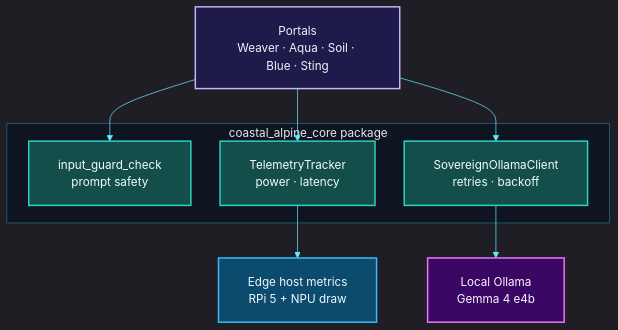
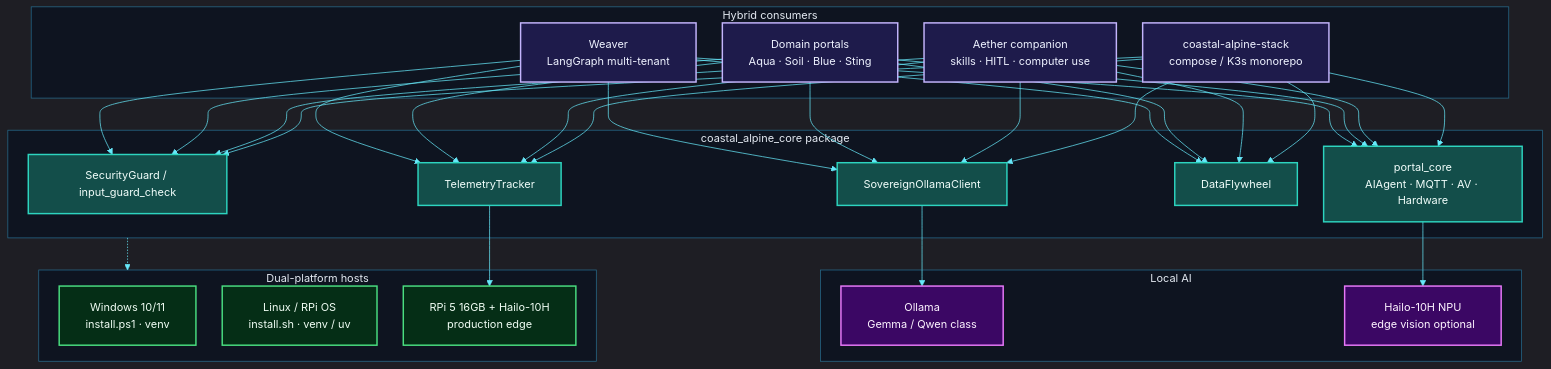
One commit to fivepanelhat/Coastal-Alpine-Core changed the diagram in README.md. Above: the diagram before and after it, drawn with Mermaid. The commit also changed other lines of this file and 6 other files, not shown here.

First line of the commit message:
docs: hybridise diagrams and dual-platform install for Windows + Linux

````diff
--- a/README.md
+++ b/README.md
@@ -23,51 +23,71 @@
 ```mermaid
 %%{init: {
   "theme": "dark",
   "themeVariables": {
-    "fontSize": "16px",
+    "fontSize": "15px",
     "fontFamily": "Inter, ui-sans-serif, system-ui, sans-serif",
     "primaryColor": "#0ea5e9",
     "primaryTextColor": "#f8fafc",
     "primaryBorderColor": "#38bdf8",
     "lineColor": "#67e8f9",
     "secondaryColor": "#1e293b",
     "tertiaryColor": "#0f172a",
     "clusterBkg": "#0b1220cc",
     "clusterBorder": "#38bdf880",
     "titleColor": "#e2e8f0"
   },
   "flowchart": {
-    "nodeSpacing": 40,
-    "rankSpacing": 48,
-    "padding": 20,
+    "nodeSpacing": 36,
+    "rankSpacing": 44,
+    "padding": 18,
     "htmlLabels": true,
-    "curve": "basis"
+    "curve": "basis",
+    "useMaxWidth": true
   }
 }}%%
 flowchart TB
 
-    classDef sense fill:#052e16,stroke:#4ade80,stroke-width:2px,color:#f0fdf4
     classDef edge fill:#0c4a6e,stroke:#38bdf8,stroke-width:2px,color:#f0f9ff
     classDef core fill:#134e4a,stroke:#2dd4bf,stroke-width:2px,color:#f0fdfa
-    classDef act fill:#422006,stroke:#fbbf24,stroke-width:2px,color:#fffbeb
-    classDef store fill:#1e1b4b,stroke:#a5b4fc,stroke-width:2px,color:#eef2ff
     classDef ai fill:#3b0764,stroke:#e879f9,stroke-width:2px,color:#fdf4ff
     classDef app fill:#1e1b4b,stroke:#c4b5fd,stroke-width:2px,color:#eef2ff
+    classDef host fill:#052e16,stroke:#4ade80,stroke-width:2px,color:#f0fdf4
+    classDef orch fill:#312e81,stroke:#a5b4fc,stroke-width:2px,color:#eef2ff
 
-    P["Portals<br/>Weaver · Aqua · Soil · Blue · Sting"] --> G["input_guard_check<br/>prompt safety"]
-    P --> T["TelemetryTracker<br/>power · latency"]
-    P --> C["SovereignOllamaClient<br/>retries · backoff"]
-    C --> O["Local Ollama<br/>Gemma 4 e4b"]
-    T --> H["Edge host metrics<br/>RPi 5 + NPU draw"]
+    subgraph CONSUMERS["Hybrid consumers"]
+        W["Weaver<br/>LangGraph multi-tenant"]
+        P["Domain portals<br/>Aqua · Soil · Blue · Sting"]
+        A["Aether companion<br/>skills · HITL · computer use"]
+        S["coastal-alpine-stack<br/>compose / K3s monorepo"]
+    end
 
     subgraph SDK["coastal_alpine_core package"]
-        G
-        T
-        C
+        G["SecurityGuard / input_guard_check"]
+        T["TelemetryTracker"]
+        C["SovereignOllamaClient"]
+        FW["DataFlywheel"]
+        PC["portal_core<br/>AIAgent · MQTT · AV · Hardware"]
     end
 
-    class P app
-    class G,T,C core
-    class O ai
-    class H edge
+    subgraph AI["Local AI"]
+        O["Ollama<br/>Gemma / Qwen class"]
+        HAI["Hailo-10H NPU<br/>edge vision optional"]
+    end
+
+    subgraph HOSTS["Dual-platform hosts"]
+        WIN["Windows 10/11<br/>install.ps1 · venv"]
+        LIN["Linux / RPi OS<br/>install.sh · venv / uv"]
+        RPI["RPi 5 16GB + Hailo-10H<br/>production edge"]
+    end
+
+    W & P & A & S --> G & T & C & FW & PC
+    C --> O
+    PC --> HAI
+    T --> RPI
+    SDK -.-> HOSTS
+
+    class W,P,A,S app
+    class G,T,C,FW,PC core
+    class O,HAI ai
+    class WIN,LIN,RPI host
 ```
````
